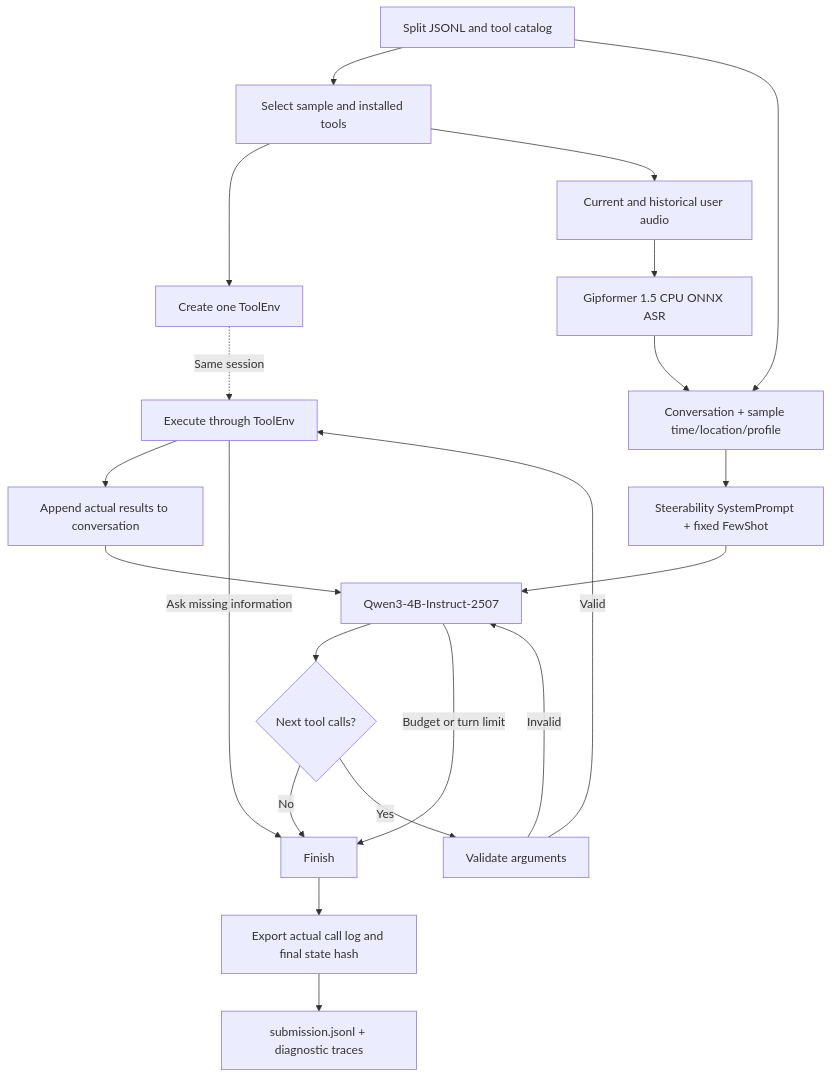
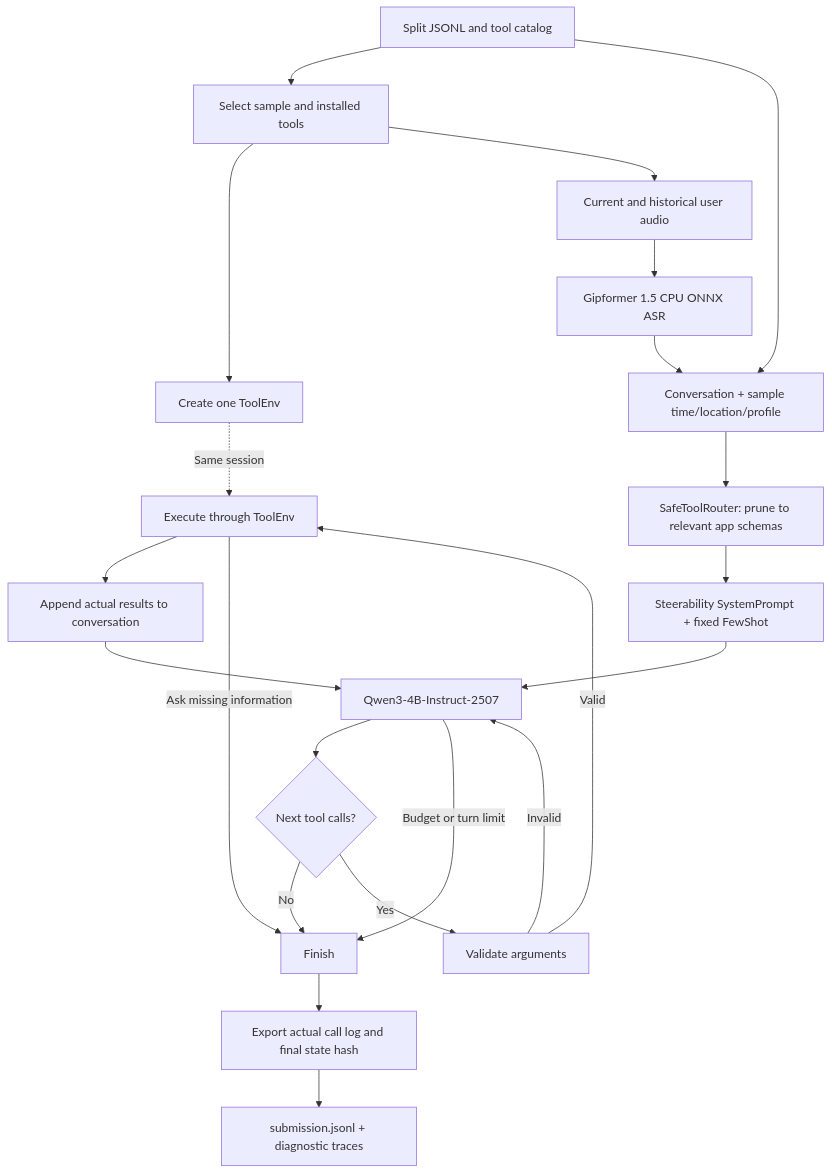
One commit to AmnO-O/ZolaAIC changed the diagram in PIPELINE.md. Above: the diagram before and after it, drawn with Mermaid. The commit also changed other lines of this file and 9 other files, not shown here.

First line of the commit message:
Optimize pipeline: safe tool routing, tool batching, and Kaggle fixes

````diff
--- a/PIPELINE.md
+++ b/PIPELINE.md
@@ -7,23 +7,24 @@
 ```mermaid
 flowchart TD
     A[Split JSONL and tool catalog] --> B[Select sample and installed tools]
     B --> C[Create one ToolEnv]
     B --> D[Current and historical user audio]
     D --> E[Gipformer 1.5 CPU ONNX ASR]
     E --> F[Conversation + sample time/location/profile]
     A --> F
-    F --> P[Steerability SystemPrompt + fixed FewShot]
+    F --> R[SafeToolRouter: prune to relevant app schemas]
+    R --> P[Steerability SystemPrompt + fixed FewShot]
     P --> G[Qwen3-4B-Instruct-2507]
     G --> H{Next tool calls?}
     H -->|No| L[Finish]
     H -->|Yes| I[Validate arguments]
     I -->|Invalid| G
     I -->|Valid| J[Execute through ToolEnv]
     C -.->|Same session| J
     J --> K[Append actual results to conversation]
     K --> G
     J -->|Ask missing information| L
     G -->|Budget or turn limit| L
     L --> M[Export actual call log and final state hash]
     M --> N[submission.jsonl + diagnostic traces]
 ```
````
